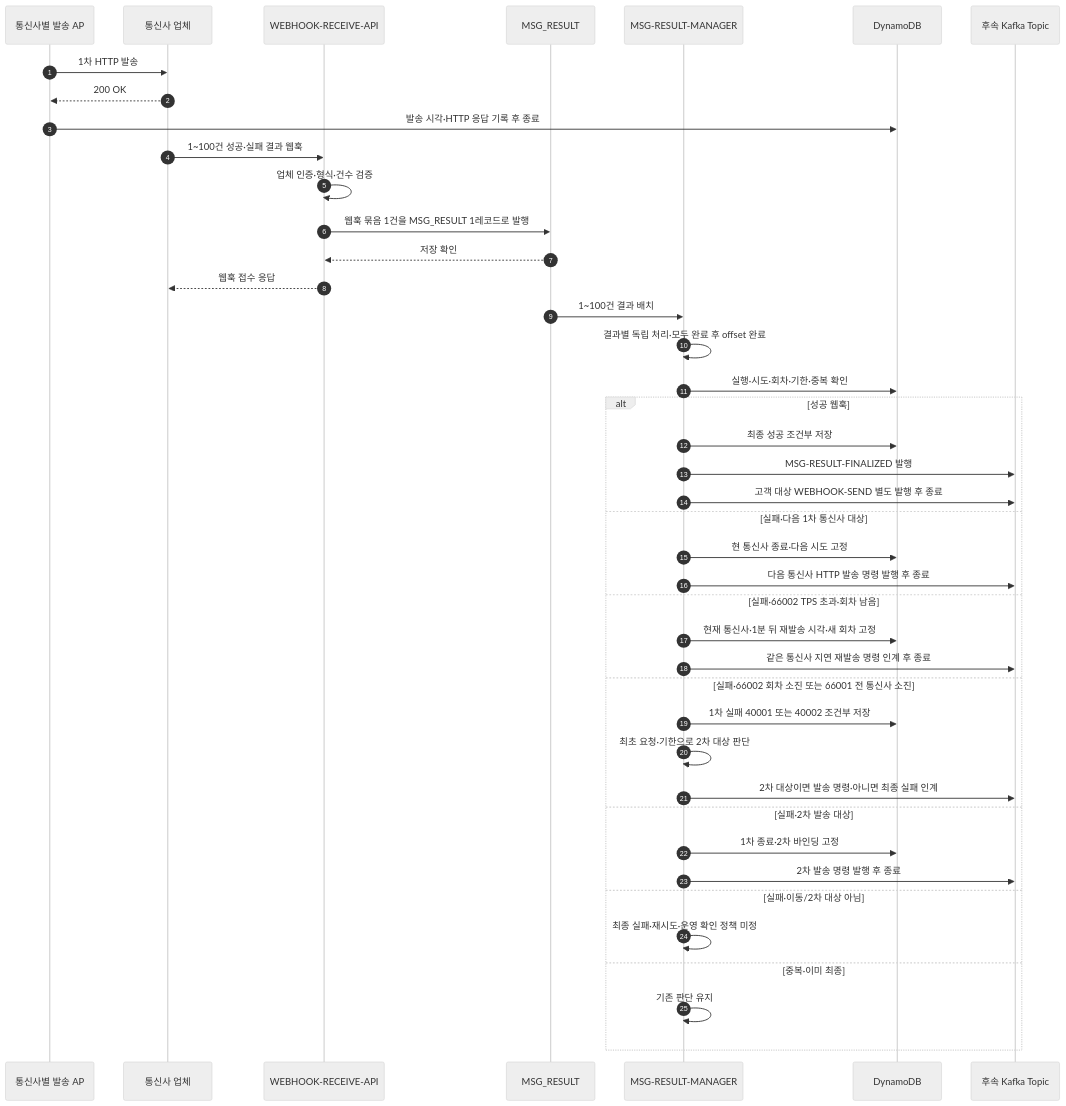
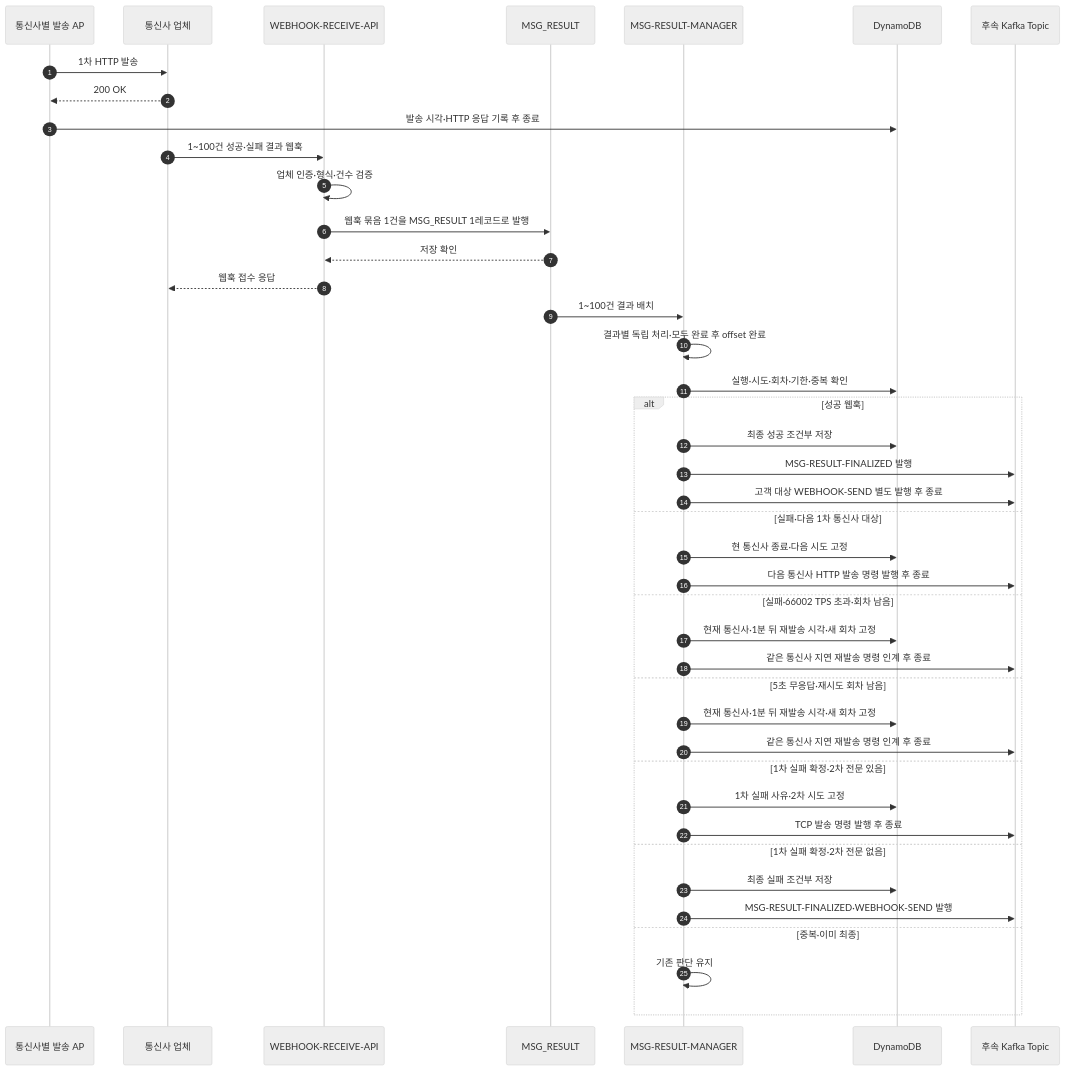
One commit to hyun-seung/High-throughput-event-platform changed the seventh of 10 diagrams in docs/53-신규-메시지-케이스별-Call-Flow.md. Above: the diagram before and after it, drawn with Mermaid (neutral theme). The commit also changed other lines of this file and 21 other files, not shown here.

````diff
--- a/docs/53-신규-메시지-케이스별-Call-Flow.md
+++ b/docs/53-신규-메시지-케이스별-Call-Flow.md
@@ -220,44 +220,44 @@
 ```mermaid
 sequenceDiagram
     autonumber
     participant S as 통신사별 발송 AP
     participant P as 통신사 업체
     participant W as WEBHOOK-RECEIVE-API
     participant K as MSG_RESULT
     participant M as MSG-RESULT-MANAGER
     participant D as DynamoDB
     participant T as 후속 Kafka Topic
     S->>P: 1차 HTTP 발송
     P-->>S: 200 OK
     S->>D: 발송 시각·HTTP 응답 기록 후 종료
     P->>W: 1~100건 성공·실패 결과 웹훅
     W->>W: 업체 인증·형식·건수 검증
     W->>K: 웹훅 묶음 1건을 MSG_RESULT 1레코드로 발행
     K-->>W: 저장 확인
     W-->>P: 웹훅 접수 응답
     K->>M: 1~100건 결과 배치
     M->>M: 결과별 독립 처리·모두 완료 후 offset 완료
     M->>D: 실행·시도·회차·기한·중복 확인
     alt 성공 웹훅
         M->>D: 최종 성공 조건부 저장
         M->>T: MSG-RESULT-FINALIZED 발행
         M->>T: 고객 대상 WEBHOOK-SEND 별도 발행 후 종료
     else 실패·다음 1차 통신사 대상
         M->>D: 현 통신사 종료·다음 시도 고정
         M->>T: 다음 통신사 HTTP 발송 명령 발행 후 종료
     else 실패·66002 TPS 초과·회차 남음
         M->>D: 현재 통신사·1분 뒤 재발송 시각·새 회차 고정
         M->>T: 같은 통신사 지연 재발송 명령 인계 후 종료
-    else 실패·66002 회차 소진 또는 66001 전 통신사 소진
-        M->>D: 1차 실패 40001 또는 40002 조건부 저장
-        M->>M: 최초 요청·기한으로 2차 대상 판단
-        M->>T: 2차 대상이면 발송 명령·아니면 최종 실패 인계
-    else 실패·2차 발송 대상
-        M->>D: 1차 종료·2차 바인딩 고정
-        M->>T: 2차 발송 명령 발행 후 종료
-    else 실패·이동/2차 대상 아님
-        M->>M: 최종 실패·재시도·운영 확인 정책 미정
+    else 5초 무응답·재시도 회차 남음
+        M->>D: 현재 통신사·1분 뒤 재발송 시각·새 회차 고정
+        M->>T: 같은 통신사 지연 재발송 명령 인계 후 종료
+    else 1차 실패 확정·2차 전문 있음
+        M->>D: 1차 실패 사유·2차 시도 고정
+        M->>T: TCP 발송 명령 발행 후 종료
+    else 1차 실패 확정·2차 전문 없음
+        M->>D: 최종 실패 조건부 저장
+        M->>T: MSG-RESULT-FINALIZED·WEBHOOK-SEND 발행
     else 중복·이미 최종
         M->>M: 기존 판단 유지
     end
 ```
````
